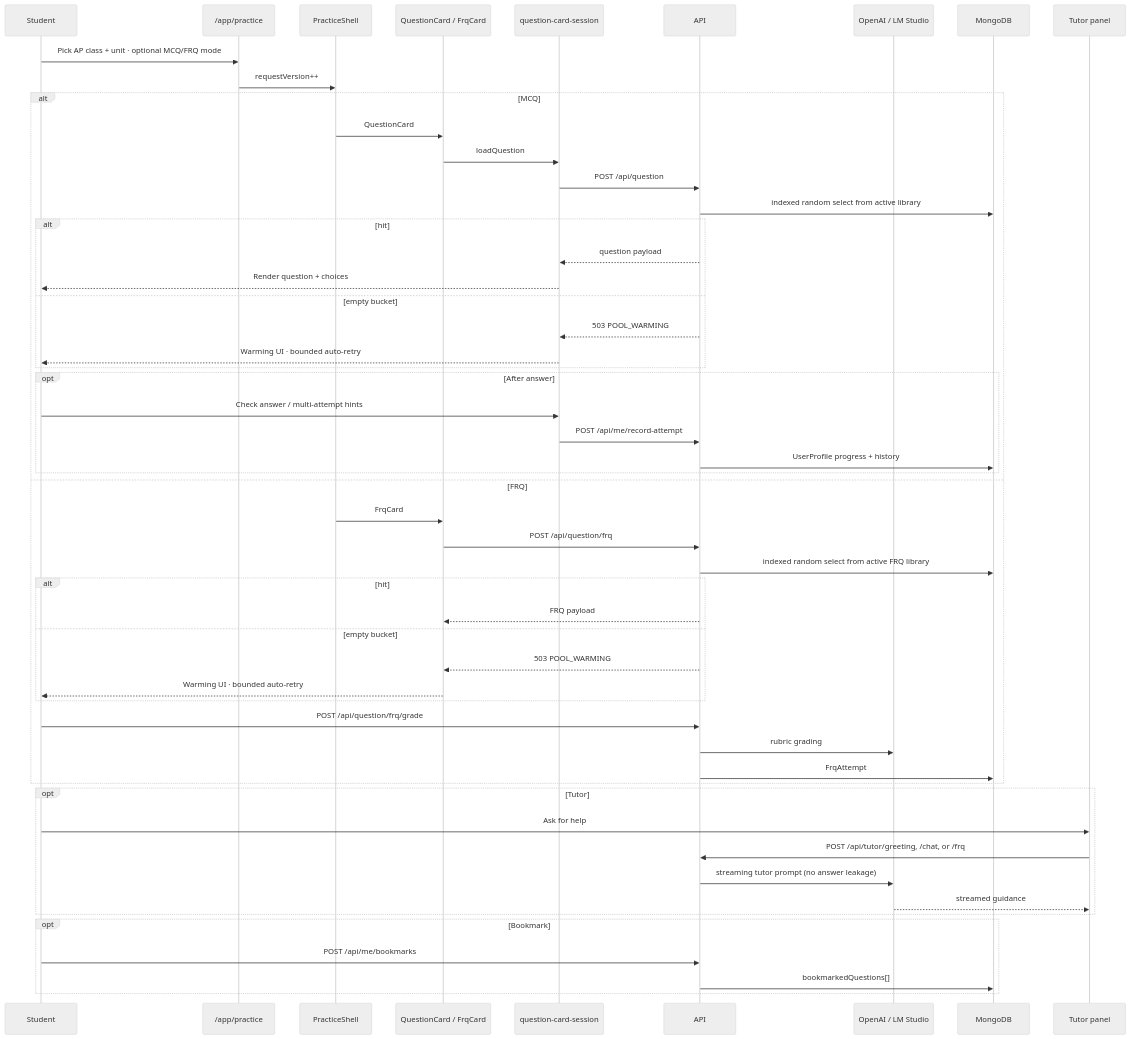
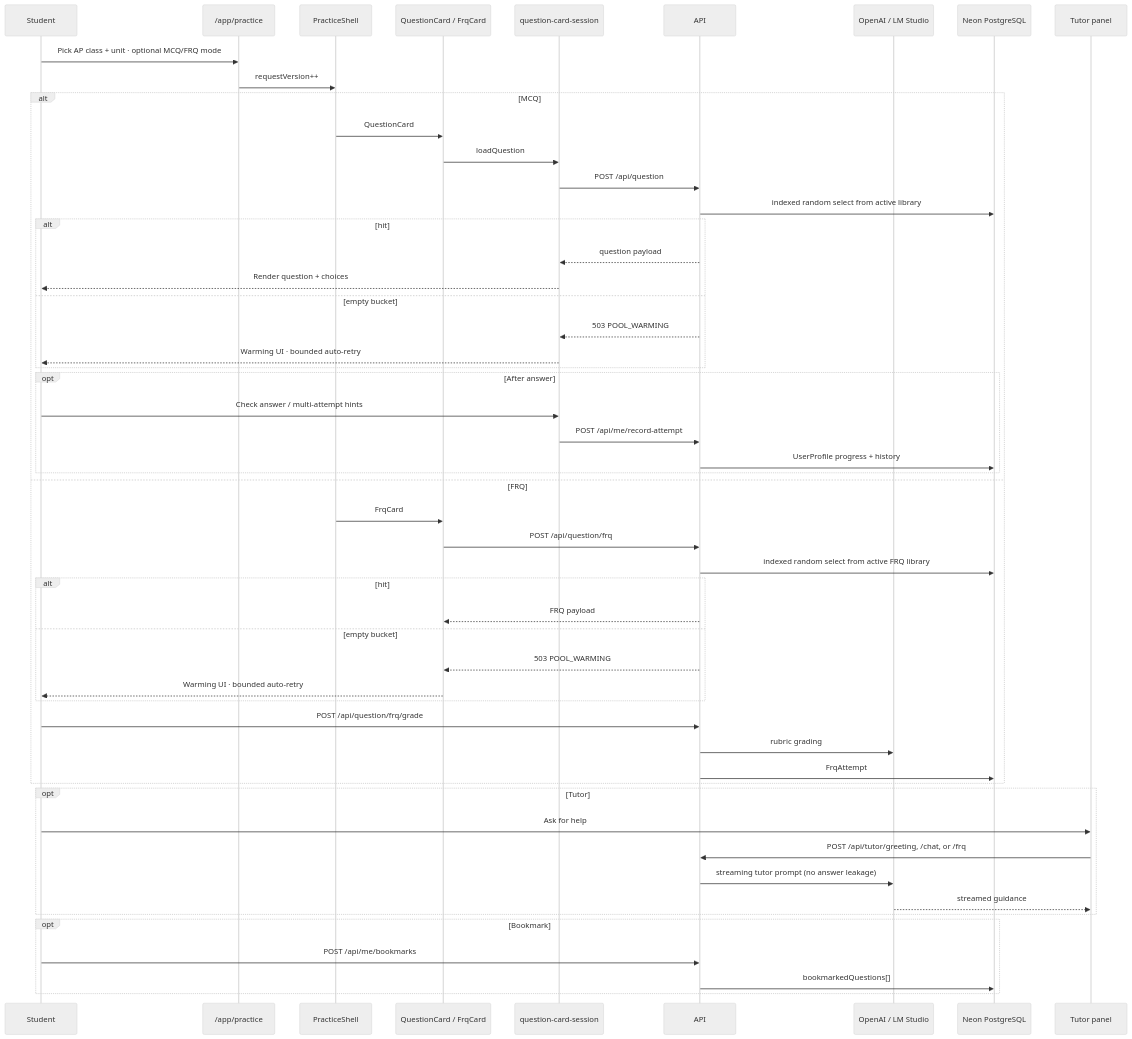
The sixth of 7 diagrams in docs/architecture.md (5cisummai/freeappractice), drawn with Mermaid (neutral theme) before and after one commit. The commit also changed other lines of this file and 61 other files, not shown here.

Commit message:
Migrate runtime to Neon PostgreSQL

````diff
--- a/docs/architecture.md
+++ b/docs/architecture.md
@@ -274,58 +274,58 @@
 ```mermaid
 sequenceDiagram
     participant U as Student
     participant App as /app/practice
     participant PS as PracticeShell
     participant Card as QuestionCard / FrqCard
     participant Sess as question-card-session
     participant API as API
     participant AI as OpenAI / LM Studio
-    participant DB as MongoDB
+    participant DB as Neon PostgreSQL
     participant Tutor as Tutor panel
 
     U->>App: Pick AP class + unit · optional MCQ/FRQ mode
     App->>PS: requestVersion++
     alt MCQ
         PS->>Card: QuestionCard
         Card->>Sess: loadQuestion
         Sess->>API: POST /api/question
         API->>DB: indexed random select from active library
         alt hit
             API-->>Sess: question payload
             Sess-->>U: Render question + choices
         else empty bucket
             API-->>Sess: 503 POOL_WARMING
             Sess-->>U: Warming UI · bounded auto-retry
         end
         opt After answer
             U->>Sess: Check answer / multi-attempt hints
             Sess->>API: POST /api/me/record-attempt
             API->>DB: UserProfile progress + history
         end
     else FRQ
         PS->>Card: FrqCard
         Card->>API: POST /api/question/frq
         API->>DB: indexed random select from active FRQ library
         alt hit
             API-->>Card: FRQ payload
         else empty bucket
             API-->>Card: 503 POOL_WARMING
             Card-->>U: Warming UI · bounded auto-retry
         end
         U->>API: POST /api/question/frq/grade
         API->>AI: rubric grading
         API->>DB: FrqAttempt
     end
 
     opt Tutor
         U->>Tutor: Ask for help
         Tutor->>API: POST /api/tutor/greeting, /chat, or /frq
         API->>AI: streaming tutor prompt (no answer leakage)
         AI-->>Tutor: streamed guidance
     end
 
     opt Bookmark
         U->>API: POST /api/me/bookmarks
         API->>DB: bookmarkedQuestions[]
     end
 ```
````
